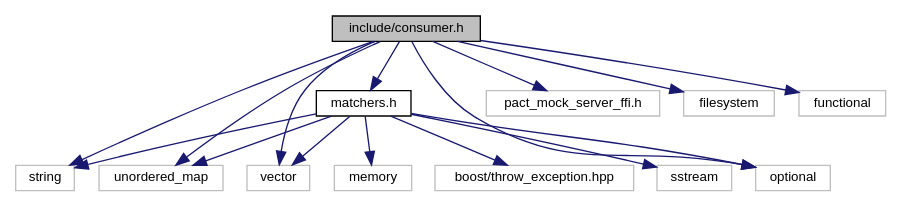
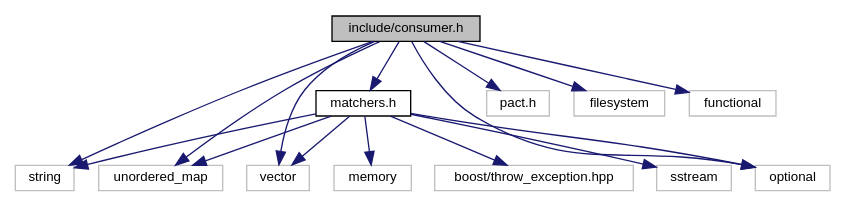
One commit to pact-foundation/docs.pact.io changed the diagram in website/static/cpp_docs/consumer/consumer_8h__incl.dot. Above: the diagram before and after it, drawn with Graphviz. The commit also changed 248 other files, not shown here.

```diff
--- a/website/static/cpp_docs/consumer/consumer_8h__incl.dot
+++ b/website/static/cpp_docs/consumer/consumer_8h__incl.dot
@@ -1,33 +1,33 @@
 digraph "include/consumer.h"
 {
  // LATEX_PDF_SIZE
   edge [fontname="Helvetica",fontsize="10",labelfontname="Helvetica",labelfontsize="10"];
   node [fontname="Helvetica",fontsize="10",shape=record];
   Node1 [label="include/consumer.h",height=0.2,width=0.4,color="black", fillcolor="grey75", style="filled", fontcolor="black",tooltip=" "];
   Node1 -> Node2 [color="midnightblue",fontsize="10",style="solid",fontname="Helvetica"];
   Node2 [label="string",height=0.2,width=0.4,color="grey75", fillcolor="white", style="filled",tooltip=" "];
   Node1 -> Node3 [color="midnightblue",fontsize="10",style="solid",fontname="Helvetica"];
   Node3 [label="unordered_map",height=0.2,width=0.4,color="grey75", fillcolor="white", style="filled",tooltip=" "];
   Node1 -> Node4 [color="midnightblue",fontsize="10",style="solid",fontname="Helvetica"];
   Node4 [label="vector",height=0.2,width=0.4,color="grey75", fillcolor="white", style="filled",tooltip=" "];
   Node1 -> Node5 [color="midnightblue",fontsize="10",style="solid",fontname="Helvetica"];
-  Node5 [label="pact_mock_server_ffi.h",height=0.2,width=0.4,color="grey75", fillcolor="white", style="filled",tooltip=" "];
+  Node5 [label="pact.h",height=0.2,width=0.4,color="grey75", fillcolor="white", style="filled",tooltip=" "];
   Node1 -> Node6 [color="midnightblue",fontsize="10",style="solid",fontname="Helvetica"];
   Node6 [label="filesystem",height=0.2,width=0.4,color="grey75", fillcolor="white", style="filled",tooltip=" "];
   Node1 -> Node7 [color="midnightblue",fontsize="10",style="solid",fontname="Helvetica"];
   Node7 [label="optional",height=0.2,width=0.4,color="grey75", fillcolor="white", style="filled",tooltip=" "];
   Node1 -> Node8 [color="midnightblue",fontsize="10",style="solid",fontname="Helvetica"];
   Node8 [label="functional",height=0.2,width=0.4,color="grey75", fillcolor="white", style="filled",tooltip=" "];
   Node1 -> Node9 [color="midnightblue",fontsize="10",style="solid",fontname="Helvetica"];
   Node9 [label="matchers.h",height=0.2,width=0.4,color="black", fillcolor="white", style="filled",URL="$matchers_8h.html",tooltip=" "];
   Node9 -> Node2 [color="midnightblue",fontsize="10",style="solid",fontname="Helvetica"];
   Node9 -> Node3 [color="midnightblue",fontsize="10",style="solid",fontname="Helvetica"];
   Node9 -> Node10 [color="midnightblue",fontsize="10",style="solid",fontname="Helvetica"];
   Node10 [label="memory",height=0.2,width=0.4,color="grey75", fillcolor="white", style="filled",tooltip=" "];
   Node9 -> Node7 [color="midnightblue",fontsize="10",style="solid",fontname="Helvetica"];
   Node9 -> Node11 [color="midnightblue",fontsize="10",style="solid",fontname="Helvetica"];
   Node11 [label="boost/throw_exception.hpp",height=0.2,width=0.4,color="grey75", fillcolor="white", style="filled",tooltip=" "];
   Node9 -> Node12 [color="midnightblue",fontsize="10",style="solid",fontname="Helvetica"];
   Node12 [label="sstream",height=0.2,width=0.4,color="grey75", fillcolor="white", style="filled",tooltip=" "];
   Node9 -> Node4 [color="midnightblue",fontsize="10",style="solid",fontname="Helvetica"];
 }
```
